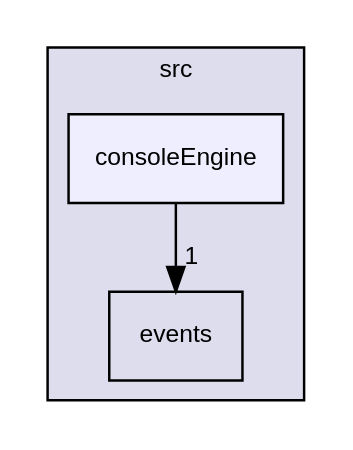
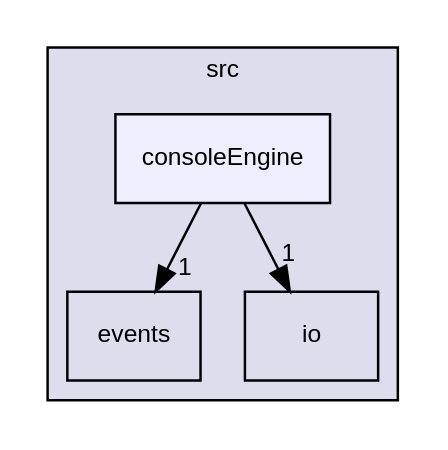
One commit to Wisteca/FilRougeDoc changed the diagram in dir_5a265d8a0feef7fed69ba92aa1265b3e_dep.dot. Above: the diagram before and after it, drawn with Graphviz. The commit also changed 132 other files, not shown here.

```diff
--- a/dir_5a265d8a0feef7fed69ba92aa1265b3e_dep.dot
+++ b/dir_5a265d8a0feef7fed69ba92aa1265b3e_dep.dot
@@ -1,11 +1,13 @@
 digraph "src/consoleEngine" {
   compound=true
   node [ fontsize="10", fontname="Helvetica"];
   edge [ labelfontsize="10", labelfontname="Helvetica"];
   subgraph clusterdir_68267d1309a1af8e8297ef4c3efbcdba {
     graph [ bgcolor="#ddddee", pencolor="black", label="src" fontname="Helvetica", fontsize="10", URL="dir_68267d1309a1af8e8297ef4c3efbcdba.html"]
   dir_14e1e259e8275dc0c459acef3bbf05ae [shape=box label="events" URL="dir_14e1e259e8275dc0c459acef3bbf05ae.html"];
+  dir_c184e51c84f2c3f0345bbc8a0d75d3e1 [shape=box label="io" URL="dir_c184e51c84f2c3f0345bbc8a0d75d3e1.html"];
   dir_5a265d8a0feef7fed69ba92aa1265b3e [shape=box, label="consoleEngine", style="filled", fillcolor="#eeeeff", pencolor="black", URL="dir_5a265d8a0feef7fed69ba92aa1265b3e.html"];
   }
   dir_5a265d8a0feef7fed69ba92aa1265b3e->dir_14e1e259e8275dc0c459acef3bbf05ae [headlabel="1", labeldistance=1.5 headhref="dir_000001_000002.html"];
+  dir_5a265d8a0feef7fed69ba92aa1265b3e->dir_c184e51c84f2c3f0345bbc8a0d75d3e1 [headlabel="1", labeldistance=1.5 headhref="dir_000001_000003.html"];
 }
```
